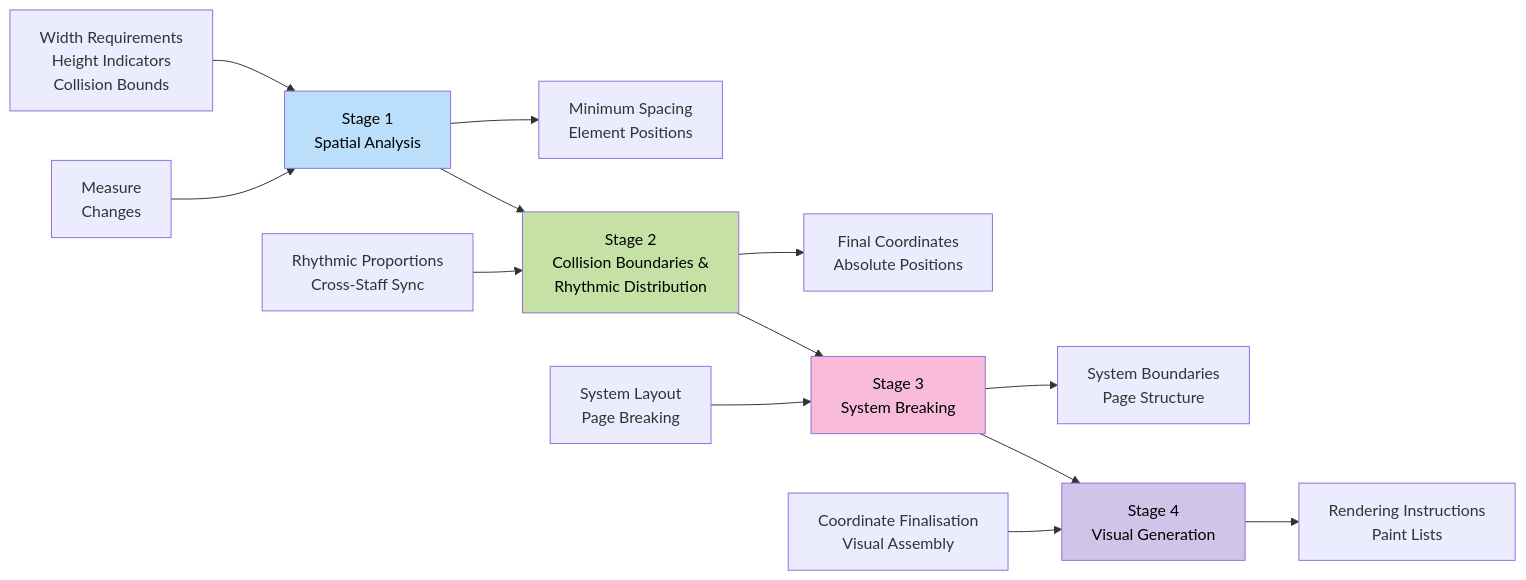
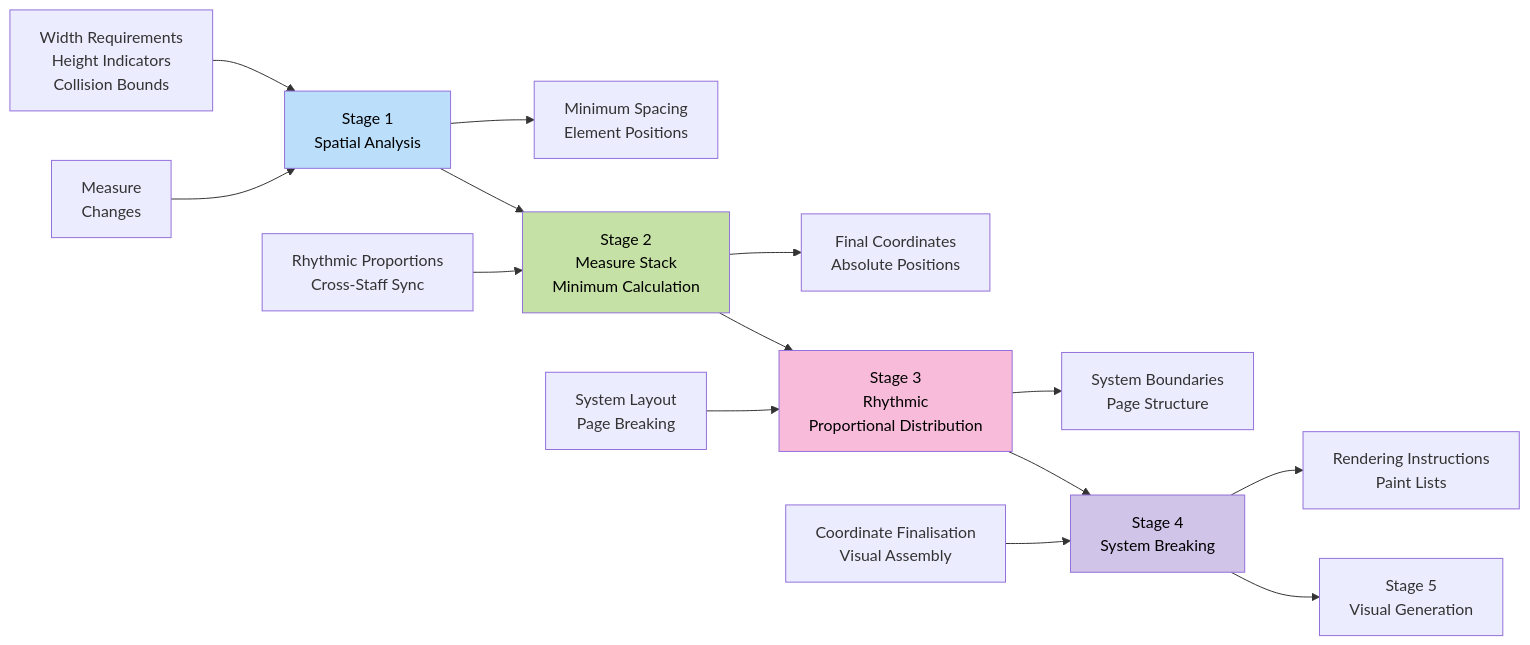
One commit to PeterBengtson/Ooloi-docs changed the second of 6 diagrams in ADRs/0028-Hierarchical-Rendering-Pipeline.md. Above: the diagram before and after it, drawn with Mermaid. The commit also changed other lines of this file, not shown here.

````diff
--- a/ADRs/0028-Hierarchical-Rendering-Pipeline.md
+++ b/ADRs/0028-Hierarchical-Rendering-Pipeline.md
@@ -102,24 +105,25 @@
 ```mermaid
 flowchart LR
     A[Measure<br/>Changes] --> B[Stage 1<br/>Spatial Analysis]
-    B --> C[Stage 2<br/>Collision Boundaries &<br/>Rhythmic Distribution]
-    C --> D[Stage 3<br/>System Breaking]
-    D --> E[Stage 4<br/>Visual Generation]
+    B --> C[Stage 2<br/>Measure Stack<br/>Minimum Calculation]
+    C --> D[Stage 3<br/>Rhythmic<br/>Proportional Distribution]
+    D --> E[Stage 4<br/>System Breaking]
+    E --> F[Stage 5<br/>Visual Generation]
     
     B1[Width Requirements<br/>Height Indicators<br/>Collision Bounds] --> B
     B --> B2[Minimum Spacing<br/>Element Positions]
     
     C1[Rhythmic Proportions<br/>Cross-Staff Sync] --> C
     C --> C2[Final Coordinates<br/>Absolute Positions]
     
     D1[System Layout<br/>Page Breaking] --> D
     D --> D2[System Boundaries<br/>Page Structure]
     
     E1[Coordinate Finalisation<br/>Visual Assembly] --> E
     E --> E2[Rendering Instructions<br/>Paint Lists]
     
     style B fill:#bbdefb,color:#000
     style C fill:#c5e1a5,color:#000
     style D fill:#f8bbd9,color:#000
     style E fill:#d1c4e9,color:#000
 ```
````
